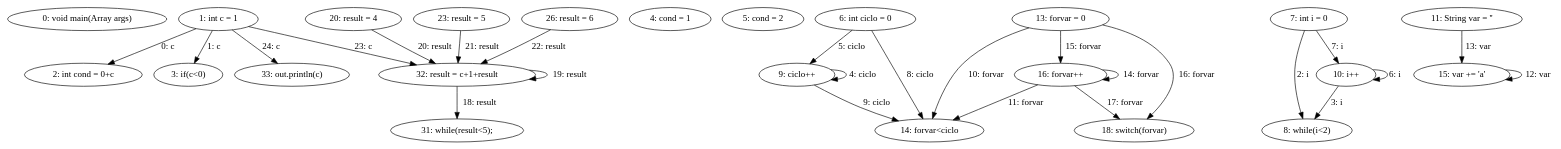
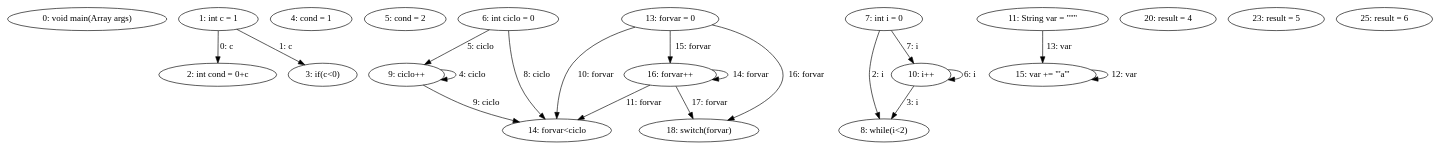
One commit to DominguesGM/comp_astanalyze changed the diagram in export/ast_dfg.dot. Above: the diagram before and after it, drawn with Graphviz. The commit also changed 15 other files, not shown here.

```diff
--- a/export/ast_dfg.dot
+++ b/export/ast_dfg.dot
@@ -1,50 +1,40 @@
 digraph G {
   1 [ label="0: void main(Array args)" ];
   2 [ label="1: int c = 1" ];
   3 [ label="2: int cond = 0+c" ];
   4 [ label="3: if(c<0)" ];
   5 [ label="4: cond = 1" ];
   6 [ label="5: cond = 2" ];
   7 [ label="6: int ciclo = 0" ];
   8 [ label="7: int i = 0" ];
   9 [ label="8: while(i<2)" ];
   10 [ label="9: ciclo++" ];
   11 [ label="10: i++" ];
-  12 [ label="11: String var = ''" ];
+  12 [ label="11: String var = \"''\"" ];
   13 [ label="13: forvar = 0" ];
   14 [ label="14: forvar<ciclo" ];
-  15 [ label="15: var += 'a'" ];
+  15 [ label="15: var += \"'a'\"" ];
   16 [ label="16: forvar++" ];
   17 [ label="18: switch(forvar)" ];
   18 [ label="20: result = 4" ];
   19 [ label="23: result = 5" ];
-  20 [ label="26: result = 6" ];
-  21 [ label="31: while(result<5);" ];
-  22 [ label="32: result = c+1+result" ];
-  23 [ label="33: out.println(c)" ];
+  20 [ label="25: result = 6" ];
   2 -> 3 [ label="0: c" ];
   2 -> 4 [ label="1: c" ];
   8 -> 9 [ label="2: i" ];
   11 -> 9 [ label="3: i" ];
   10 -> 10 [ label="4: ciclo" ];
   7 -> 10 [ label="5: ciclo" ];
   11 -> 11 [ label="6: i" ];
   8 -> 11 [ label="7: i" ];
   7 -> 14 [ label="8: ciclo" ];
   10 -> 14 [ label="9: ciclo" ];
   13 -> 14 [ label="10: forvar" ];
   16 -> 14 [ label="11: forvar" ];
   15 -> 15 [ label="12: var" ];
   12 -> 15 [ label="13: var" ];
   16 -> 16 [ label="14: forvar" ];
   13 -> 16 [ label="15: forvar" ];
   13 -> 17 [ label="16: forvar" ];
   16 -> 17 [ label="17: forvar" ];
-  22 -> 21 [ label="18: result" ];
-  22 -> 22 [ label="19: result" ];
-  18 -> 22 [ label="20: result" ];
-  19 -> 22 [ label="21: result" ];
-  20 -> 22 [ label="22: result" ];
-  2 -> 22 [ label="23: c" ];
-  2 -> 23 [ label="24: c" ];
 }
```
